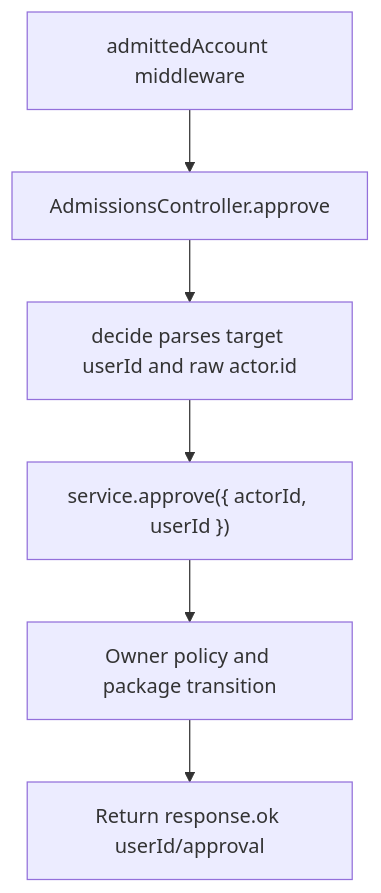
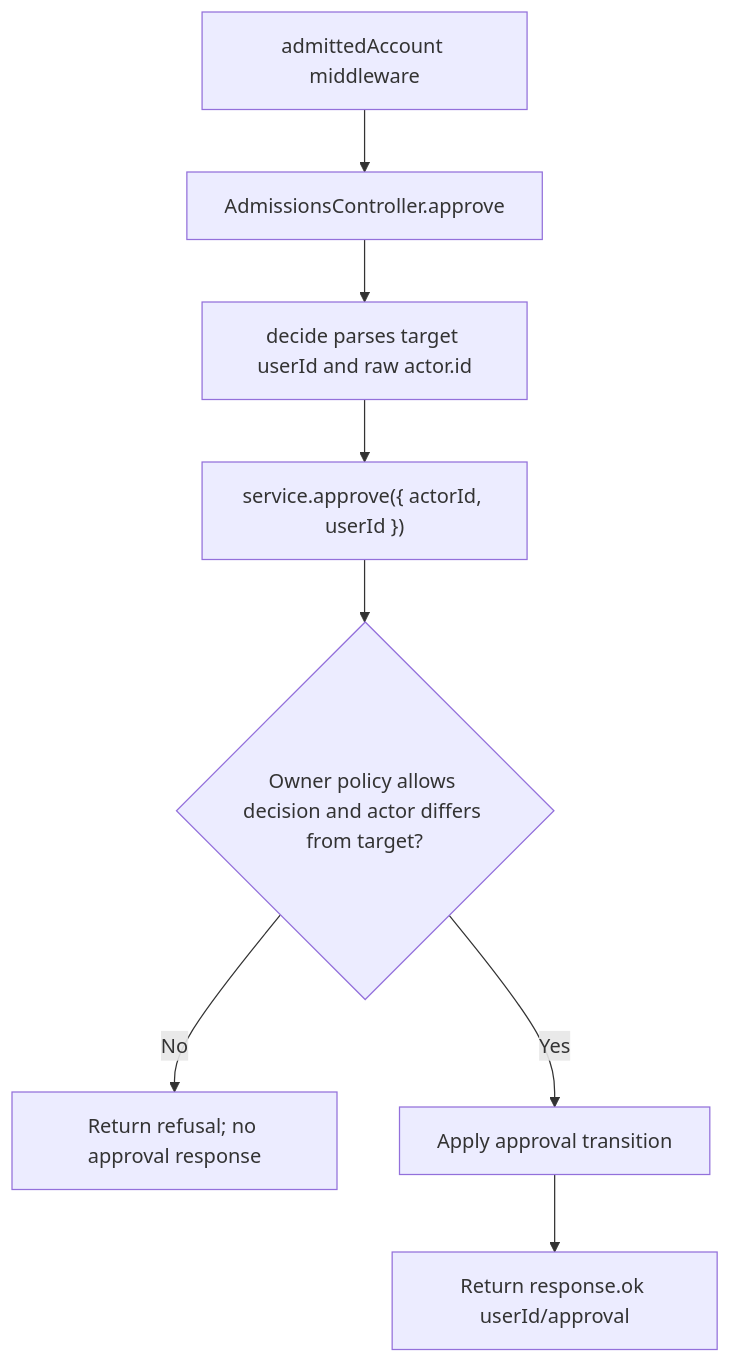
Before and after one commit to Kevinjohn/oss-adonisjs-starter-examples: the second of 2 diagrams in user-stories/api/us-api-17-approve-admission.md, drawn with Mermaid. The commit also changed other lines of this file and 29 other files, not shown here.

````diff
--- a/user-stories/api/us-api-17-approve-admission.md
+++ b/user-stories/api/us-api-17-approve-admission.md
@@ -33,8 +33,10 @@
 ```mermaid
 flowchart TD
     A["admittedAccount middleware"] --> B["AdmissionsController.approve"]
     B --> C["decide parses target userId and raw actor.id"]
     C --> D["service.approve({ actorId, userId })"]
-    D --> E["Owner policy and package transition"]
-    E --> F["Return response.ok userId/approval"]
+    D --> E{"Owner policy allows decision and actor differs from target?"}
+    E -->|No| F["Return refusal; no approval response"]
+    E -->|Yes| G["Apply approval transition"]
+    G --> H["Return response.ok userId/approval"]
 ```
````
